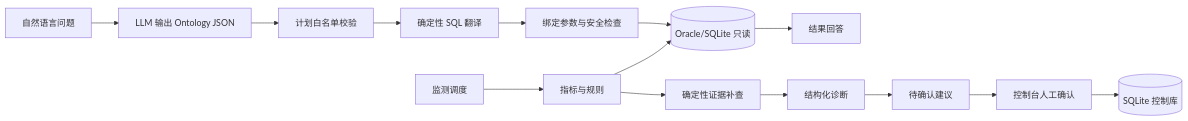
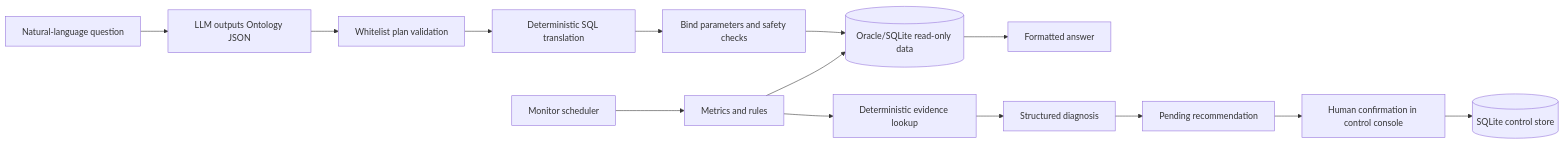
Before and after one commit to bennyyuan1008/ontology-agent: the diagram in README.md, drawn with Mermaid. The commit also changed other lines of this file, not shown here.

````diff
--- a/README.md
+++ b/README.md
@@ -23,17 +23,17 @@
 ```mermaid
 flowchart LR
-    Q[自然语言问题] --> P[LLM 输出 Ontology JSON]
-    P --> V[计划白名单校验]
-    V --> T[确定性 SQL 翻译]
-    T --> S[绑定参数与安全检查]
-    S --> O[(Oracle/SQLite 只读)]
-    O --> A[结果回答]
+    Q[Natural-language question] --> P[LLM outputs Ontology JSON]
+    P --> V[Whitelist plan validation]
+    V --> T[Deterministic SQL translation]
+    T --> S[Bind parameters and safety checks]
+    S --> O[(Oracle/SQLite read-only data)]
+    O --> A[Formatted answer]
 
-    R[监测调度] --> M[指标与规则]
+    R[Monitor scheduler] --> M[Metrics and rules]
     M --> O
-    M --> E[确定性证据补查]
-    E --> D[结构化诊断]
-    D --> C[待确认建议]
-    C --> H[控制台人工确认]
-    H --> DB[(SQLite 控制库)]
+    M --> E[Deterministic evidence lookup]
+    E --> D[Structured diagnosis]
+    D --> C[Pending recommendation]
+    C --> H[Human confirmation in control console]
+    H --> DB[(SQLite control store)]
 ```
````
